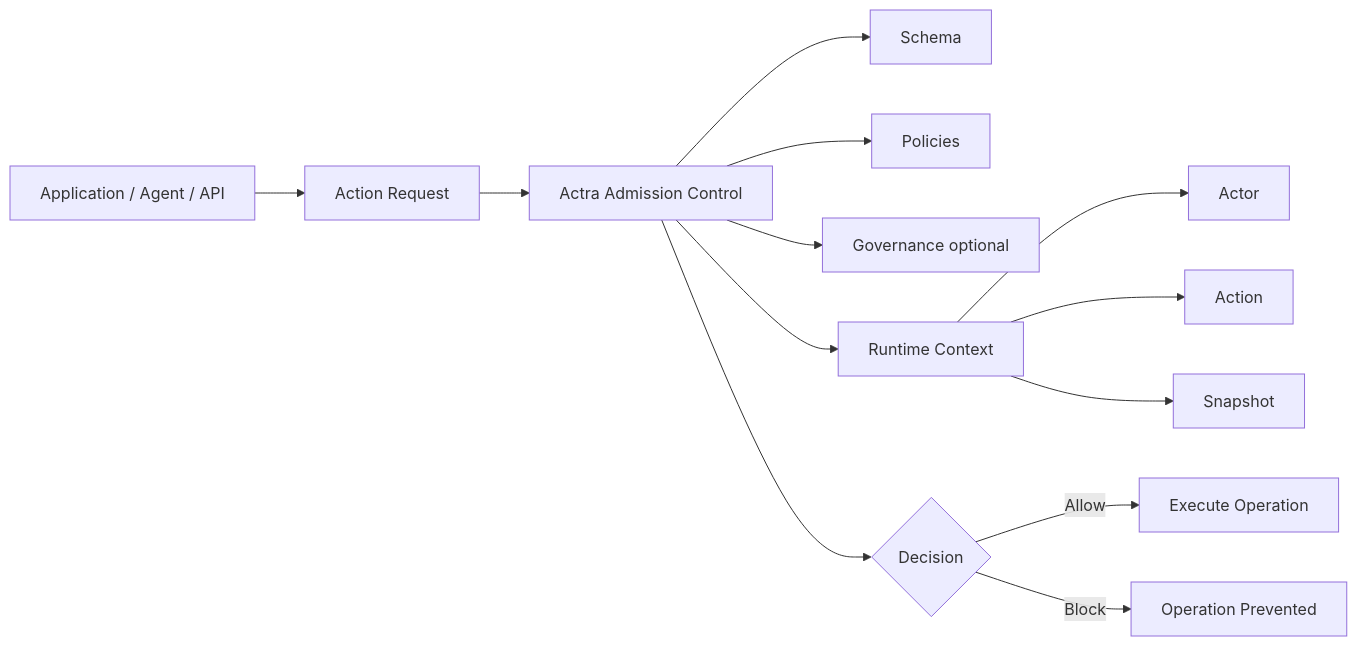
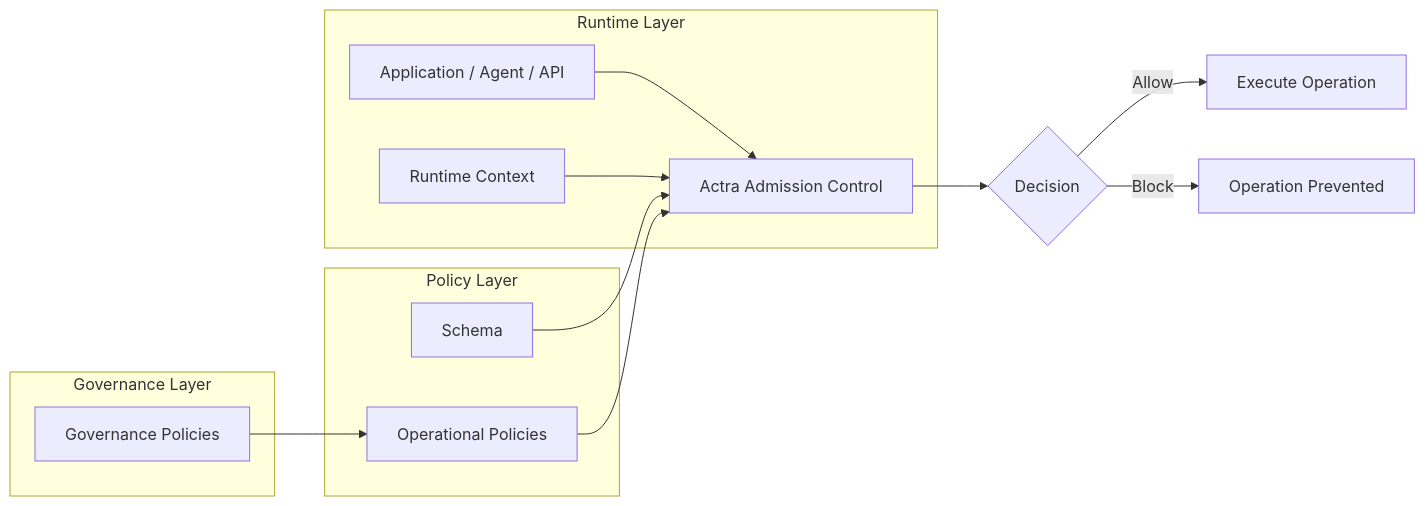
Before and after one commit to getactra/actra: the diagram in README.md, drawn with Mermaid. The commit also changed other lines of this file and 16 other files, not shown here.

Commit message:
added policy governance examples

````diff
--- a/README.md
+++ b/README.md
@@ -112,21 +170,31 @@
 ```mermaid
 flowchart LR
 
-A[Application / Agent / API] --> B[Action Request]
+subgraph Governance Layer
+G[Governance Policies]
+end
 
-B --> C[Actra Admission Control]
+subgraph Policy Layer
+S[Schema]
+P[Operational Policies]
+end
 
-C --> D[Schema]
-C --> E[Policies]
-C --> F[Governance optional]
-C --> G[Runtime Context]
+subgraph Runtime Layer
+A[Application / Agent / API]
+C[Actra Admission Control]
+R[Runtime Context]
+end
 
-G --> G1[Actor]
-G --> G2[Action]
-G --> G3[Snapshot]
+A --> C
+R --> C
 
-C --> H{Decision}
+S --> C
+P --> C
 
-H -->|Allow| I[Execute Operation]
-H -->|Block| J[Operation Prevented]
+G --> P
+
+C --> D{Decision}
+
+D -->|Allow| E[Execute Operation]
+D -->|Block| F[Operation Prevented]
 ```
````
